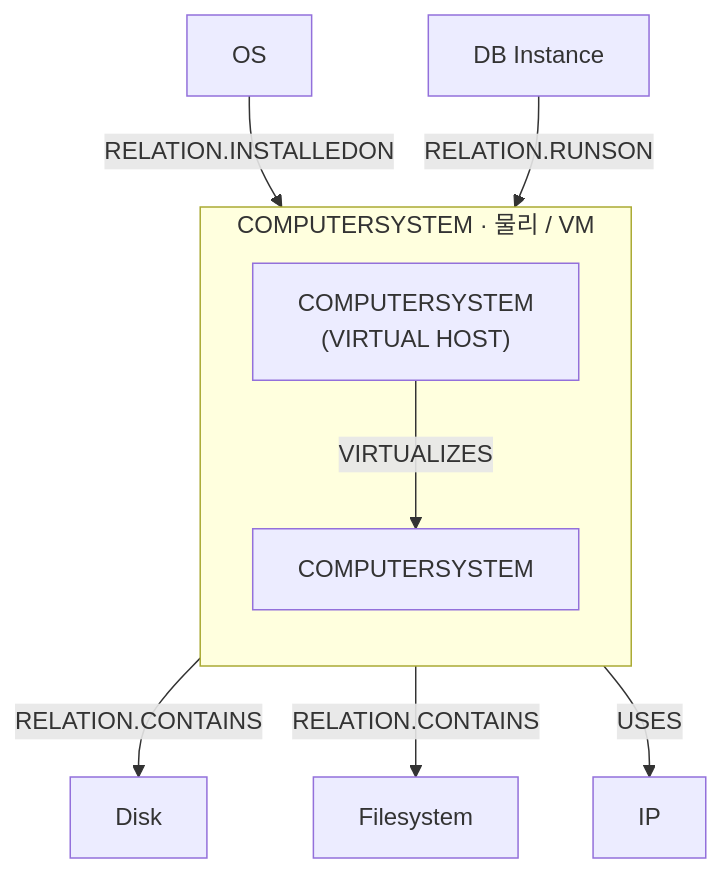
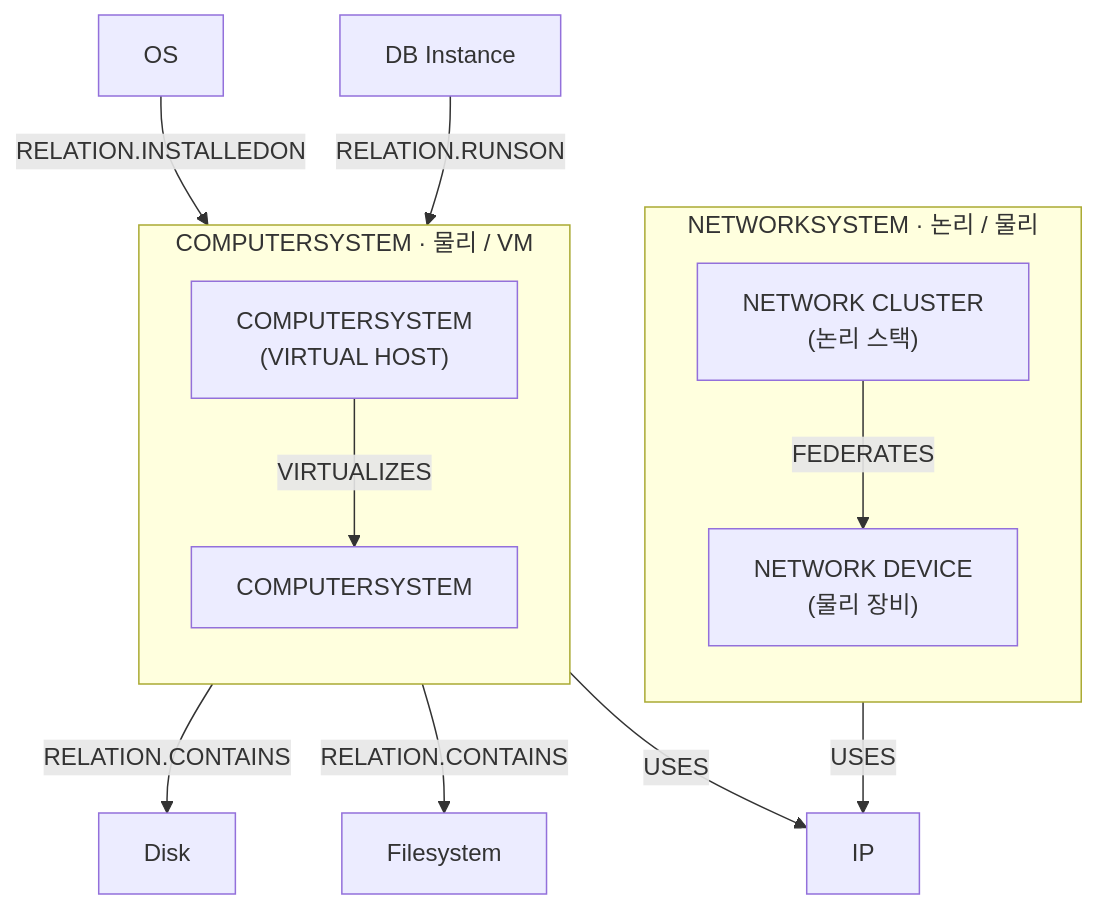
Before and after one commit to ka-MS/discovery-interface: the diagram in docs/data-analysis/design/ci/relations.md, drawn with Mermaid. The commit also changed other lines of this file and 18 other files, not shown here.

````diff
--- a/docs/data-analysis/design/ci/relations.md
+++ b/docs/data-analysis/design/ci/relations.md
@@ -31,15 +35,21 @@
 ```mermaid
 flowchart TB
   subgraph C["COMPUTERSYSTEM · 물리 / VM"]
     direction TB
     H["COMPUTERSYSTEM<br/>(VIRTUAL HOST)"]
     V["COMPUTERSYSTEM"]
     H -->|"VIRTUALIZES"| V
   end
 
   O["OS"] -->|"RELATION.INSTALLEDON"| C
   DBI["DB Instance"] -->|"RELATION.RUNSON"| C
   C -->|"RELATION.CONTAINS"| D["Disk"]
   C -->|"RELATION.CONTAINS"| F["Filesystem"]
   C -->|"USES"| I["IP"]
+
+  subgraph N["NETWORKSYSTEM · 논리 / 물리"]
+    direction TB
+    NC["NETWORK CLUSTER<br/>(논리 스택)"] -->|"FEDERATES"| ND["NETWORK DEVICE<br/>(물리 장비)"]
+  end
+  NC -->|"USES"| I
 ```
````
